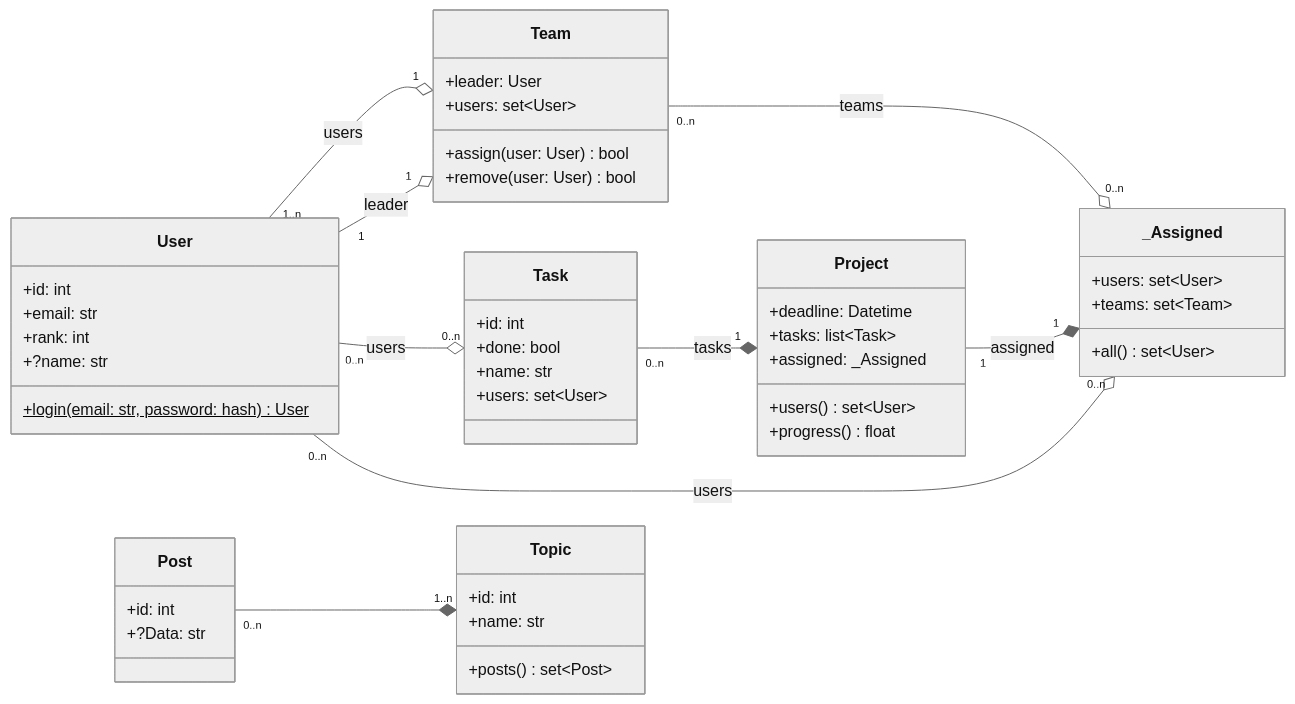
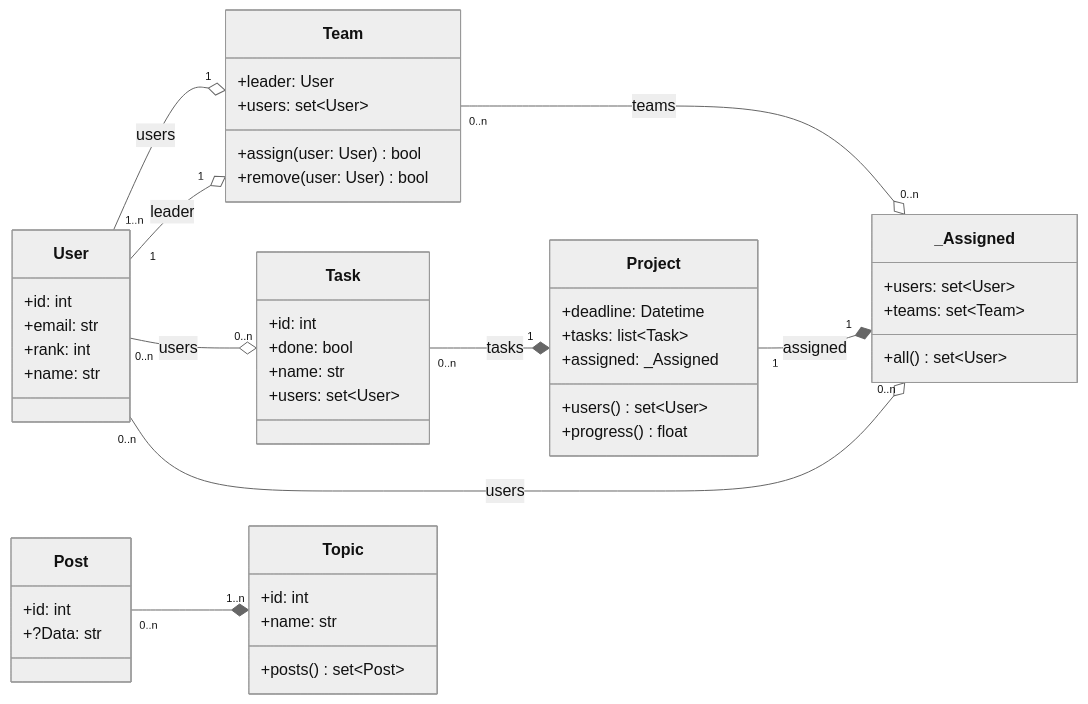
One commit to TWoolhouse/lboroCW-Trelno changed the first of 3 diagrams in design/data_design.md. Above: the diagram before and after it, drawn with Mermaid (neutral theme). The commit also changed other lines of this file and 1 other file, not shown here.

Commit message:
Remove user login function

````diff
--- a/design/data_design.md
+++ b/design/data_design.md
@@ -3,56 +3,55 @@
 ```mermaid
 classDiagram
 direction LR
 
 User "1..n" --o "1" Team: users
 User "1" --o "1" Team: leader
 class User {
   +id: int
   +email: str
   +rank: int
-  +?name: str
-  +login(email: str, password: hash)$ User
+  +name: str
 }
 class Team {
   +leader: User
   +users: set~User~
   +assign(user: User) bool
   +remove(user: User) bool
 }
 
 Task "0..n" --* "1" Project: tasks
 User "0..n" --o "0..n" Task: users
 class Task {
   +id: int
   +done: bool
   +name: str
   +users: set~User~
 }
 Project "1" --* "1" _Assigned: assigned
 class Project {
   +deadline: Datetime
   +tasks: list~Task~
   +assigned: _Assigned
   +users() set~User~
   +progress() float
 }
 User "0..n" --o "0..n" _Assigned: users
 Team "0..n" --o "0..n" _Assigned: teams
 class _Assigned {
 	+users: set~User~
 	+teams: set~Team~
 	+all() set~User~
 }
 
 Post "0..n" --* "1..n" Topic
 class Post {
 	+id: int
 	+?Data: str
 }
 class Topic {
 	+id: int
 	+name: str
 	+posts() set~Post~
 }
 
 ```
````
